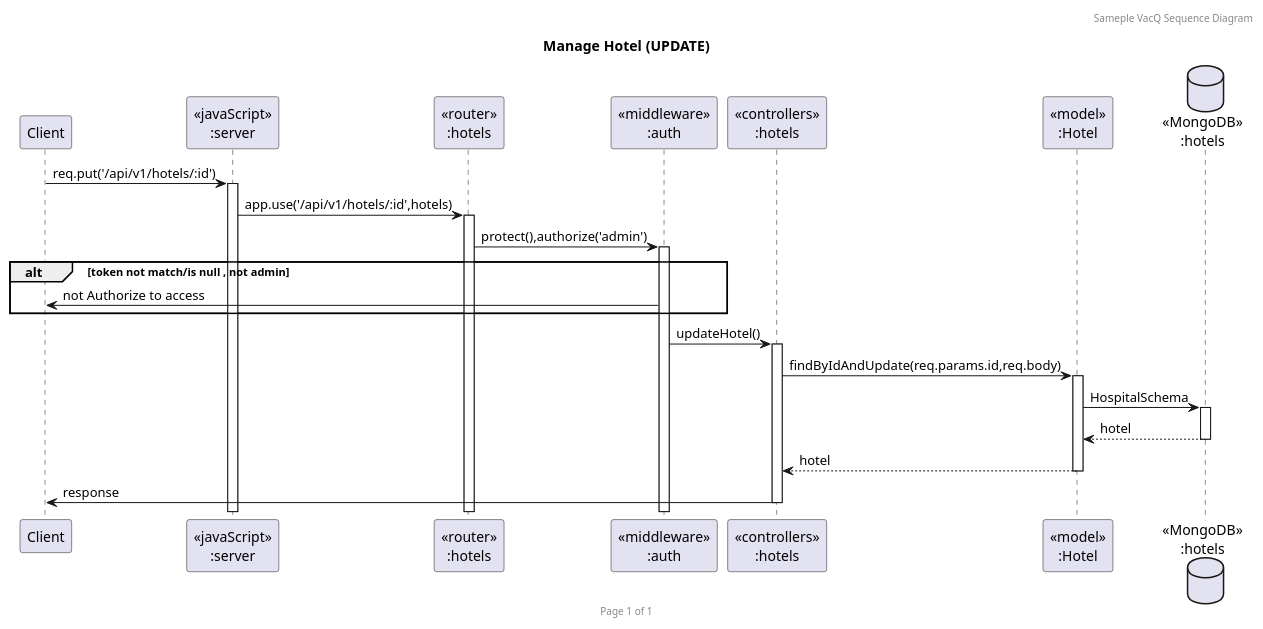
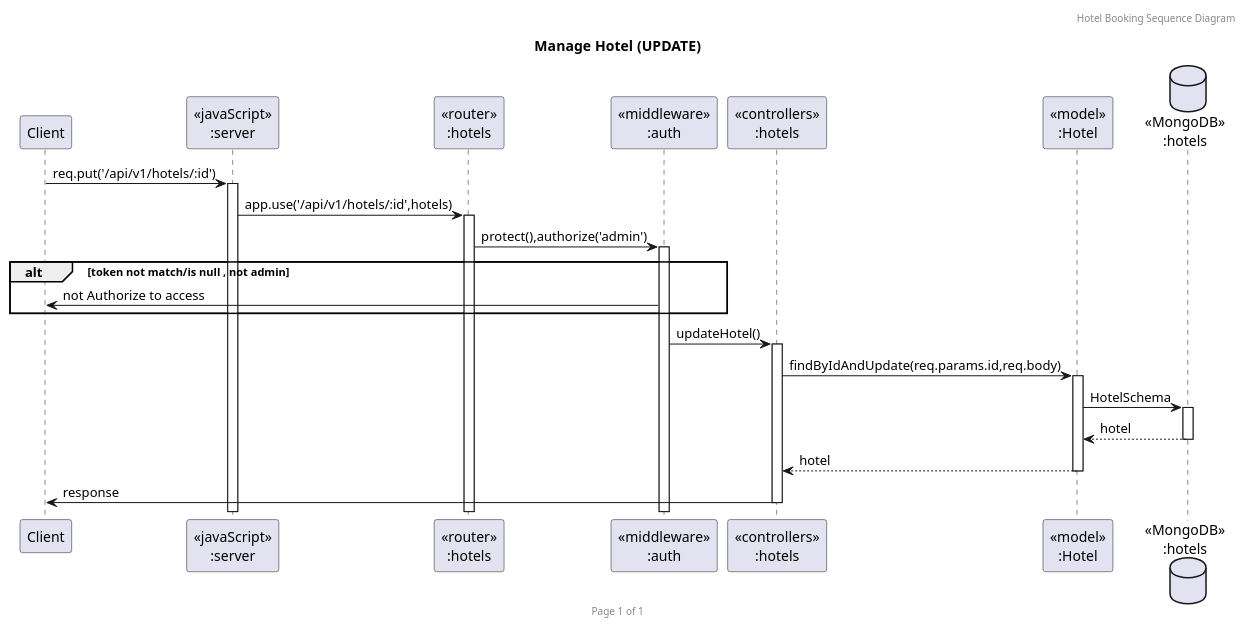
The diagram in Hotel_pumls/updateHotel.puml (2110503TACEDT66/presentation-day-1-drift), drawn with PlantUML before and after one commit. The commit also changed 18 other files, not shown here.

```diff
--- a/Hotel_pumls/updateHotel.puml
+++ b/Hotel_pumls/updateHotel.puml
@@ -1,34 +1,34 @@
 @startuml Manage Hotel (UPDATE)
 
-header Sameple VacQ Sequence Diagram
+header Hotel Booking Sequence Diagram
 footer Page %page% of %lastpage%
 title "Manage Hotel (UPDATE)"
 
 participant "Client" as client
 participant "<<javaScript>>\n:server" as server
 participant "<<router>>\n:hotels" as routerHotels
 participant "<<middleware>>\n:auth" as middleware
 participant "<<controllers>>\n:hotels" as controllersHotels
 participant "<<model>>\n:Hotel" as modelHotel
-database "<<MongoDB>>\n:hotels" as HospitalsDatabase
+database "<<MongoDB>>\n:hotels" as HotelsDatabase
 
 client->server ++:req.put('/api/v1/hotels/:id')
 server->routerHotels ++:app.use('/api/v1/hotels/:id',hotels)
 
 routerHotels -> middleware ++:protect(),authorize('admin')
 alt token not match/is null , not admin
     client <- middleware : not Authorize to access
 end
 middleware -> controllersHotels ++:updateHotel()
 
 
 controllersHotels->modelHotel ++:findByIdAndUpdate(req.params.id,req.body)
-modelHotel ->HospitalsDatabase ++: HospitalSchema
+modelHotel ->HotelsDatabase ++: HotelSchema
 
 
 
-HospitalsDatabase --> modelHotel --: hotel
+HotelsDatabase --> modelHotel --: hotel
 controllersHotels <-- modelHotel --:hotel
 controllersHotels->client --:response
 
 @enduml
```
